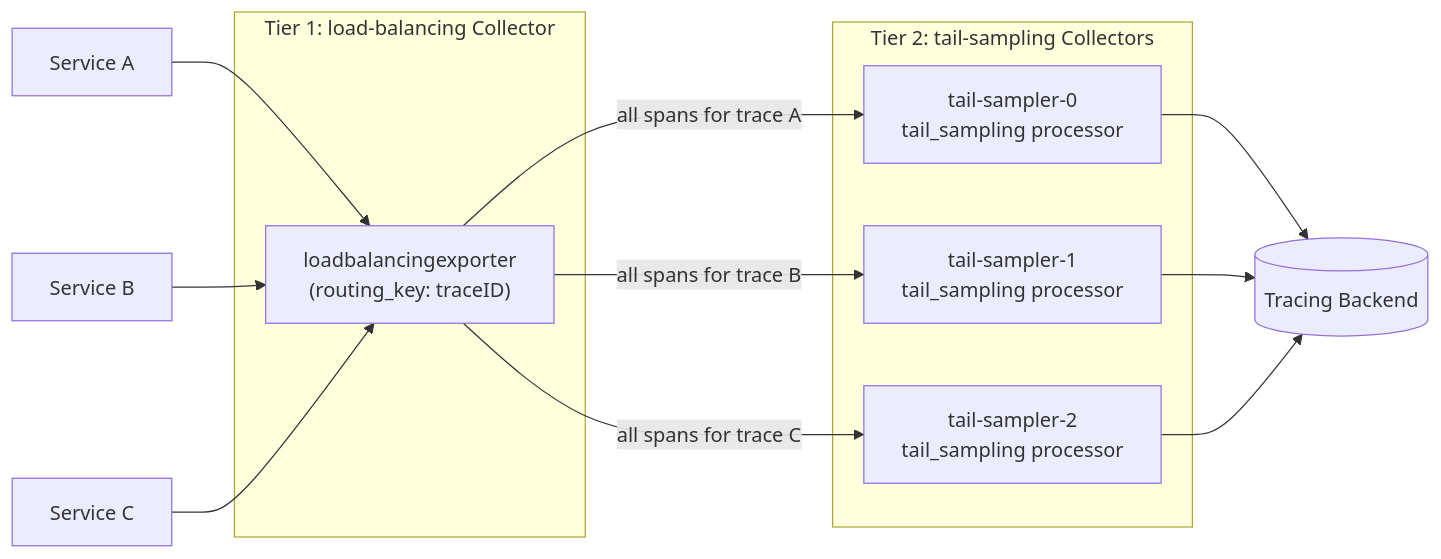
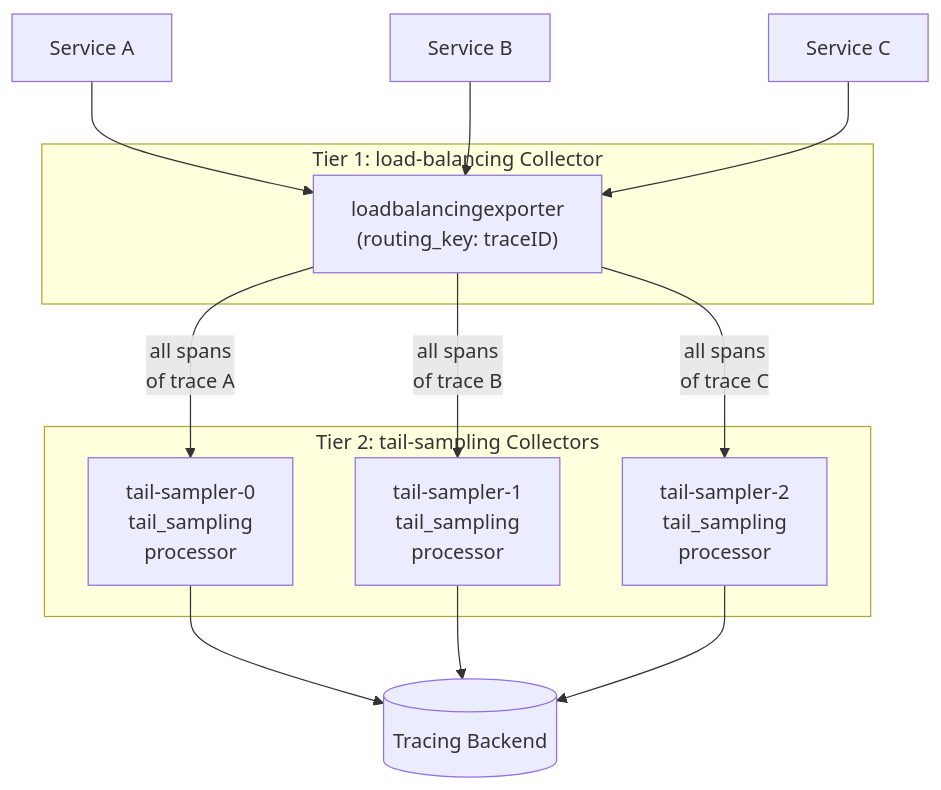
One commit to radra23/scryops-site changed the diagram in content/howtos/configure-collector-tail-sampling.md. Above: the diagram before and after it, drawn with Mermaid. The commit also changed 49 other files, not shown here.

First line of the commit message:
fix(diagrams): fit the 18 live Mermaid diagrams that panned under the 12/14 floor

```diff
--- a/content/howtos/configure-collector-tail-sampling.md
+++ b/content/howtos/configure-collector-tail-sampling.md
@@ -198,24 +198,24 @@
 {{< mermaid >}}
-flowchart LR
+flowchart TB
     S1[Service A] --> LB
     S2[Service B] --> LB
     S3[Service C] --> LB
 
     subgraph Tier1["Tier 1: load-balancing Collector"]
         LB["loadbalancingexporter<br/>(routing_key: traceID)"]
     end
 
     subgraph Tier2["Tier 2: tail-sampling Collectors"]
-        TS0[tail-sampler-0<br/>tail_sampling processor]
-        TS1[tail-sampler-1<br/>tail_sampling processor]
-        TS2[tail-sampler-2<br/>tail_sampling processor]
+        TS0[tail-sampler-0<br/>tail_sampling<br/>processor]
+        TS1[tail-sampler-1<br/>tail_sampling<br/>processor]
+        TS2[tail-sampler-2<br/>tail_sampling<br/>processor]
     end
 
-    LB -->|all spans for trace A| TS0
-    LB -->|all spans for trace B| TS1
-    LB -->|all spans for trace C| TS2
+    LB -->|all spans<br/>of trace A| TS0
+    LB -->|all spans<br/>of trace B| TS1
+    LB -->|all spans<br/>of trace C| TS2
 
     TS0 --> Backend[(Tracing Backend)]
     TS1 --> Backend
     TS2 --> Backend
 {{< /mermaid >}}
```
